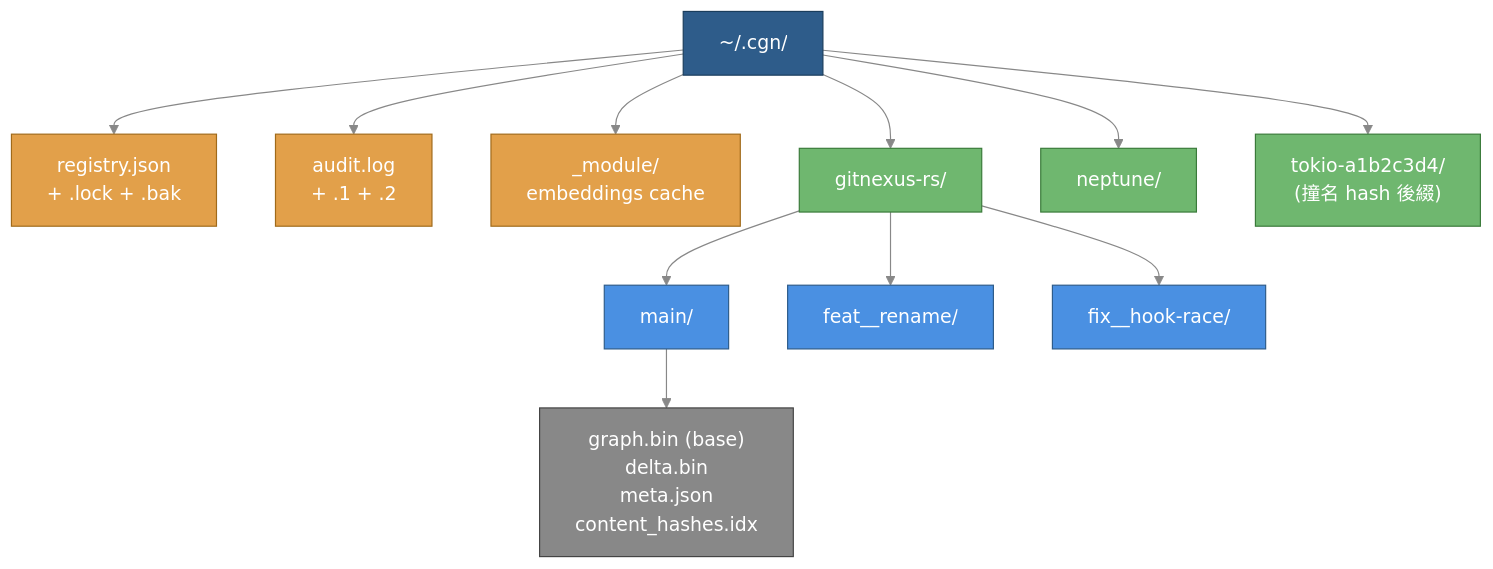
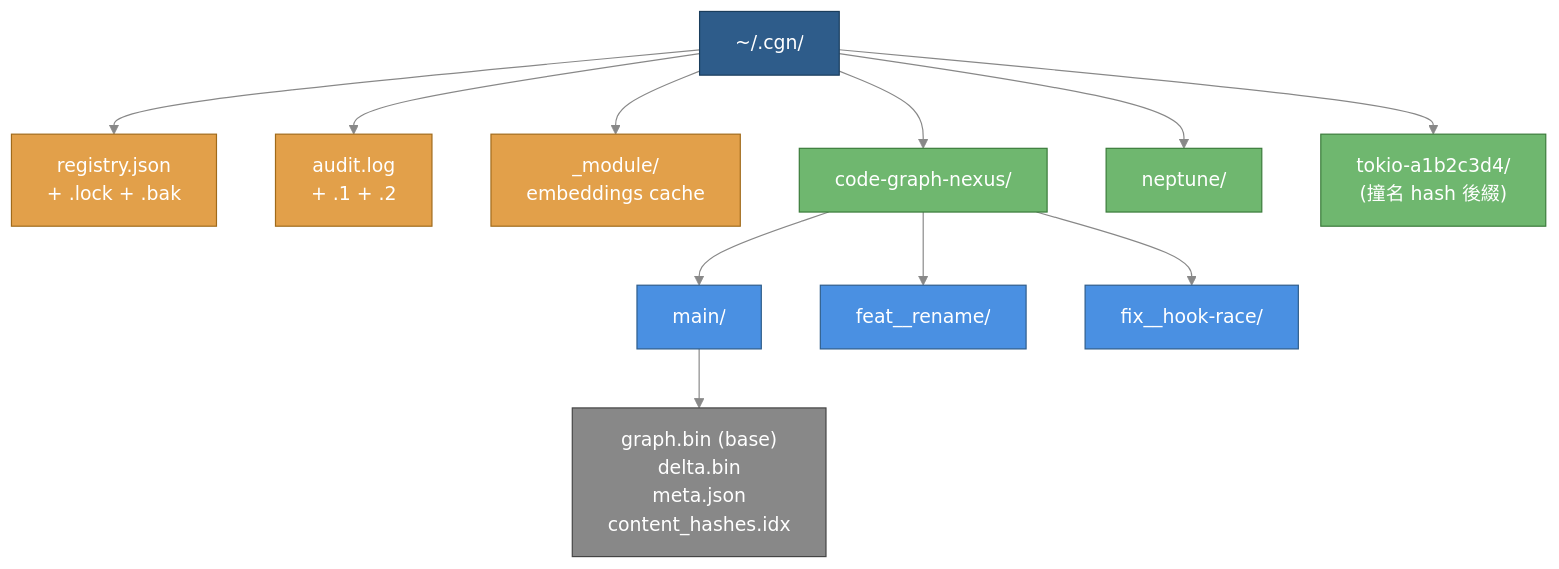
The first of 6 diagrams in docs/specs/2026-05-14-cgn-parity-multi-branch-design.md (coseto6125/egent-code-plexus), drawn with Mermaid before and after one commit. The commit also changed other lines of this file and 47 other files, not shown here.

````diff
--- a/docs/specs/2026-05-14-cgn-parity-multi-branch-design.md
+++ b/docs/specs/2026-05-14-cgn-parity-multi-branch-design.md
@@ -41,29 +41,29 @@
 ```mermaid
 %%{init: {'theme':'base','themeVariables':{'primaryColor':'#4A90E2','primaryTextColor':'#fff','primaryBorderColor':'#2E5C8A','lineColor':'#888','secondaryColor':'#6FB76F','tertiaryColor':'#E2A04A'}}}%%
 graph TB
     HOME["~/.cgn/"]
     HOME --> REG["registry.json<br/>+ .lock + .bak"]
     HOME --> AUD["audit.log<br/>+ .1 + .2"]
     HOME --> MOD["_module/<br/>embeddings cache"]
-    HOME --> R1["gitnexus-rs/"]
+    HOME --> R1["code-graph-nexus/"]
     HOME --> R2["neptune/"]
     HOME --> R3["tokio-a1b2c3d4/<br/>(撞名 hash 後綴)"]
 
     R1 --> B1["main/"]
     R1 --> B2["feat__rename/"]
     R1 --> B3["fix__hook-race/"]
 
     B1 --> G1["graph.bin (base)<br/>delta.bin<br/>meta.json<br/>content_hashes.idx"]
 
     classDef root fill:#2E5C8A,stroke:#1A3D5C,color:#fff
     classDef central fill:#E2A04A,stroke:#A06A1A,color:#fff
     classDef repo fill:#6FB76F,stroke:#3A7A3A,color:#fff
     classDef branch fill:#4A90E2,stroke:#2E5C8A,color:#fff
     classDef artifact fill:#888,stroke:#444,color:#fff
 
     class HOME root
     class REG,AUD,MOD central
     class R1,R2,R3 repo
     class B1,B2,B3 branch
     class G1 artifact
 ```
````
